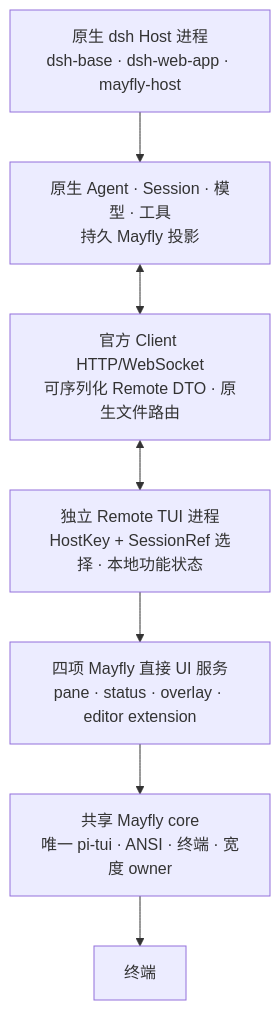
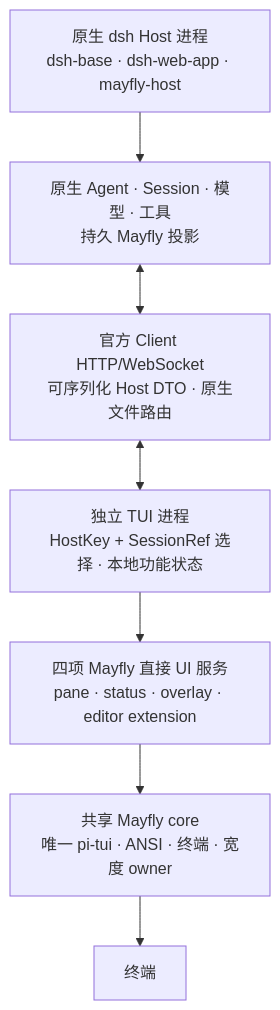
Before and after one commit to Ephemeral-AI-Lab/mayfly: the diagram in docs/diagrams/mayfly-layers.zh.mmd, drawn with Mermaid. The commit also changed 139 other files, not shown here.

```diff
--- a/docs/diagrams/mayfly-layers.zh.mmd
+++ b/docs/diagrams/mayfly-layers.zh.mmd
@@ -1,15 +1,15 @@
 flowchart TB
     HOST["原生 dsh Host 进程<br/>dsh-base · dsh-web-app · mayfly-host"]
     STATE["原生 Agent · Session · 模型 · 工具<br/>持久 Mayfly 投影"]
-    WIRE["官方 Client HTTP/WebSocket<br/>可序列化 Remote DTO · 原生文件路由"]
-    REMOTE["独立 Remote TUI 进程<br/>HostKey + SessionRef 选择 · 本地功能状态"]
+    WIRE["官方 Client HTTP/WebSocket<br/>可序列化 Host DTO · 原生文件路由"]
+    REMOTE["独立 TUI 进程<br/>HostKey + SessionRef 选择 · 本地功能状态"]
     UI["四项 Mayfly 直接 UI 服务<br/>pane · status · overlay · editor extension"]
     CORE["共享 Mayfly core<br/>唯一 pi-tui · ANSI · 终端 · 宽度 owner"]
     TERM["终端"]
 
     HOST --> STATE
     STATE <--> WIRE
     WIRE <--> REMOTE
     REMOTE --> UI
     UI --> CORE
     CORE --> TERM
```
